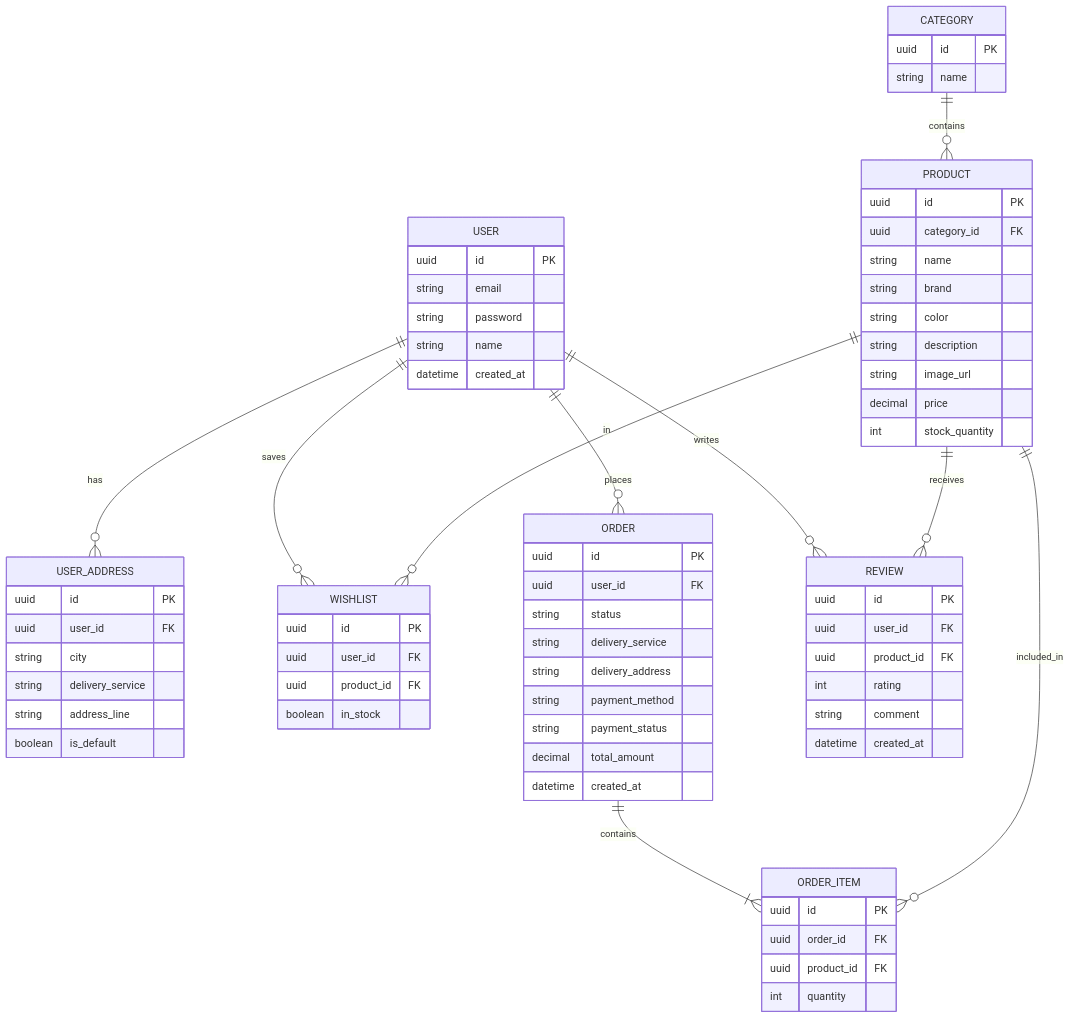
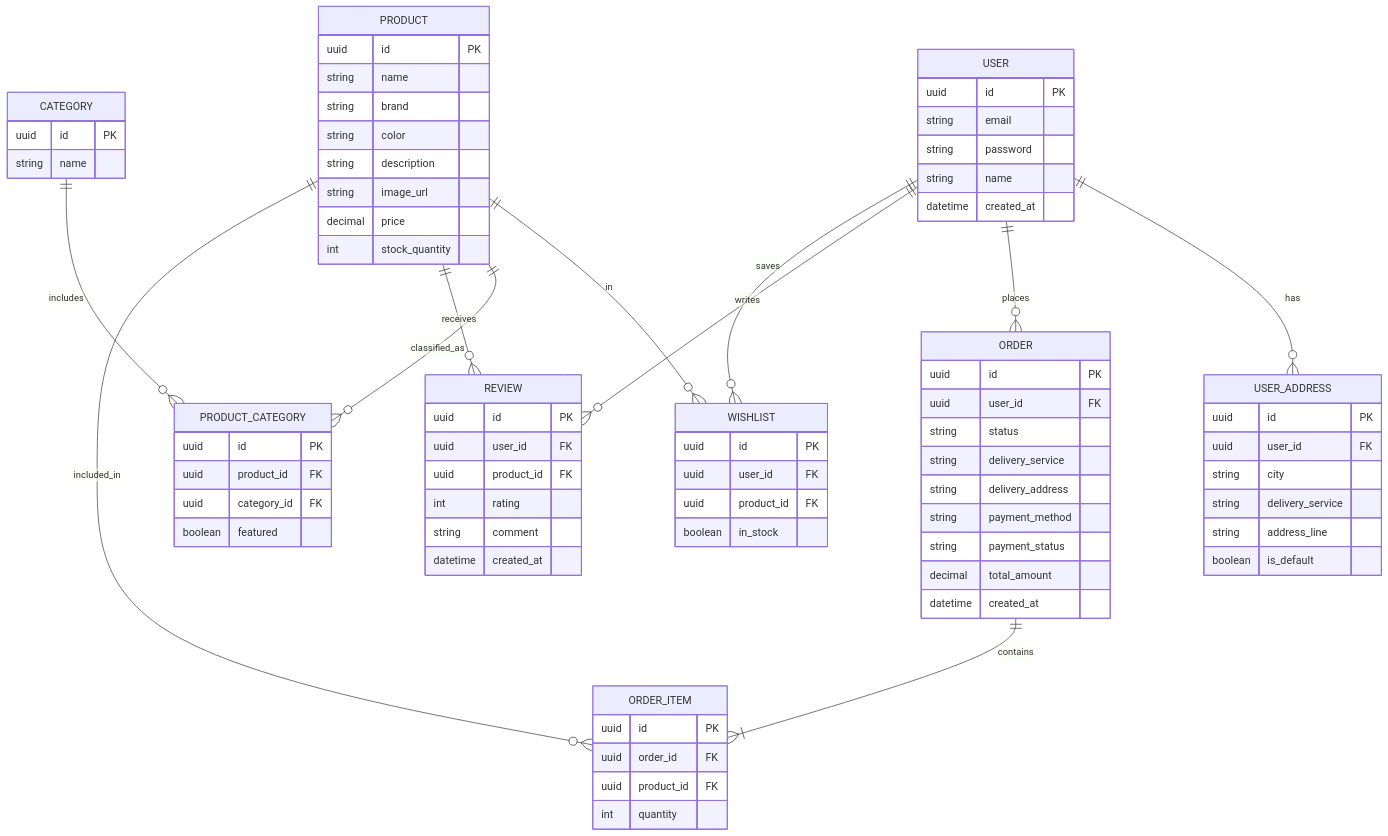
The diagram in diagram.mmd (Ro-sya/KPI), drawn with Mermaid before and after one commit. The commit also changed 1 other file, not shown here.

Commit message:
add Product Category to spec and diagram

```diff
--- a/diagram.mmd
+++ b/diagram.mmd
@@ -1,79 +1,86 @@
 erDiagram
     USER {
         uuid id PK
         string email
         string password
         string name
         datetime created_at
     }
 
     USER_ADDRESS {
         uuid id PK
         uuid user_id FK
         string city
         string delivery_service
         string address_line
         boolean is_default
     }
 
     PRODUCT {
         uuid id PK
-        uuid category_id FK
         string name
         string brand
         string color
         string description
         string image_url
         decimal price
         int stock_quantity
     }
 
     CATEGORY {
         uuid id PK
         string name
+    }
+
+    PRODUCT_CATEGORY {
+        uuid id PK
+        uuid product_id FK
+        uuid category_id FK
+        boolean featured
     }
 
     WISHLIST {
         uuid id PK
         uuid user_id FK
         uuid product_id FK
         boolean in_stock
     }
 
     ORDER {
         uuid id PK
         uuid user_id FK
         string status
         string delivery_service
         string delivery_address
         string payment_method
         string payment_status
         decimal total_amount
         datetime created_at
     }
 
     ORDER_ITEM {
         uuid id PK
         uuid order_id FK
         uuid product_id FK
         int quantity
     }
 
     REVIEW {
         uuid id PK
         uuid user_id FK
         uuid product_id FK
         int rating
         string comment
         datetime created_at
     }
 
     USER ||--o{ USER_ADDRESS : "has"
     USER ||--o{ ORDER : "places"
     USER ||--o{ REVIEW : "writes"
     USER ||--o{ WISHLIST : "saves"
     PRODUCT ||--o{ WISHLIST : "in"
-    CATEGORY ||--o{ PRODUCT : "contains"
+    PRODUCT ||--o{ PRODUCT_CATEGORY : "classified_as"
+    CATEGORY ||--o{ PRODUCT_CATEGORY : "includes"
     PRODUCT ||--o{ REVIEW : "receives"
     ORDER ||--|{ ORDER_ITEM : "contains"
     PRODUCT ||--o{ ORDER_ITEM : "included_in"
```
